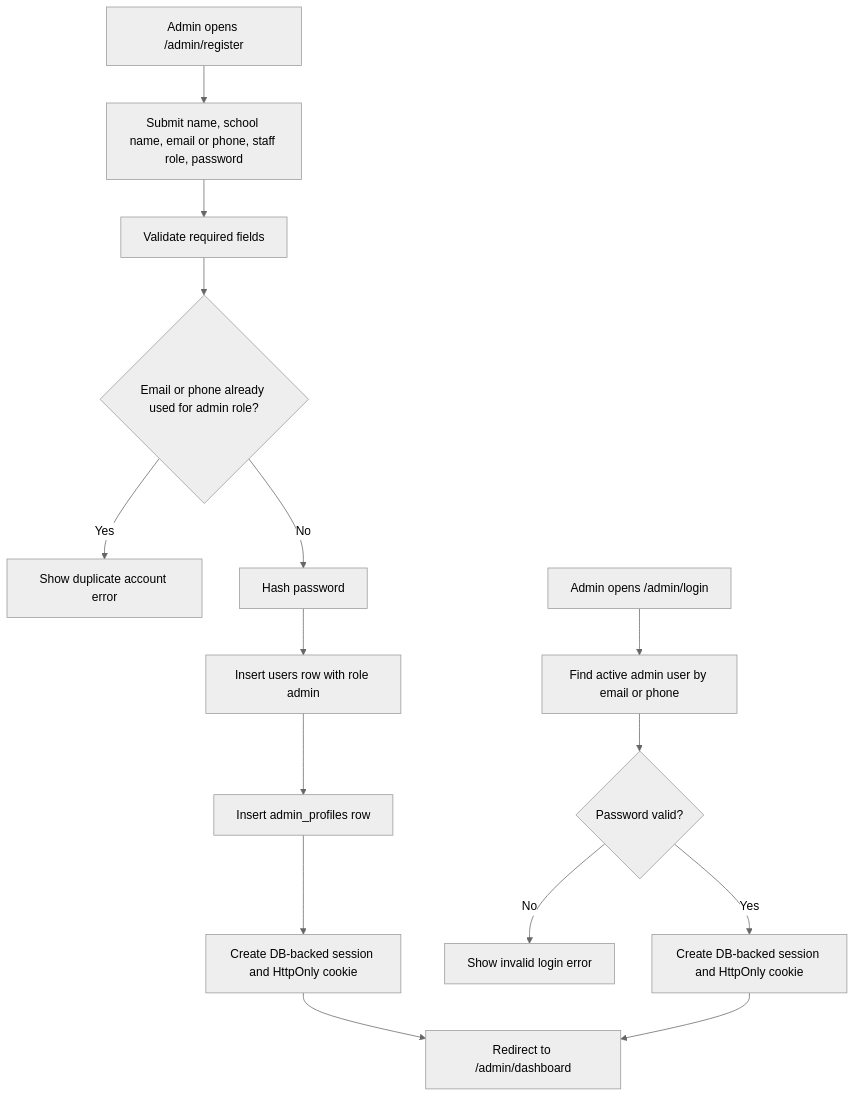
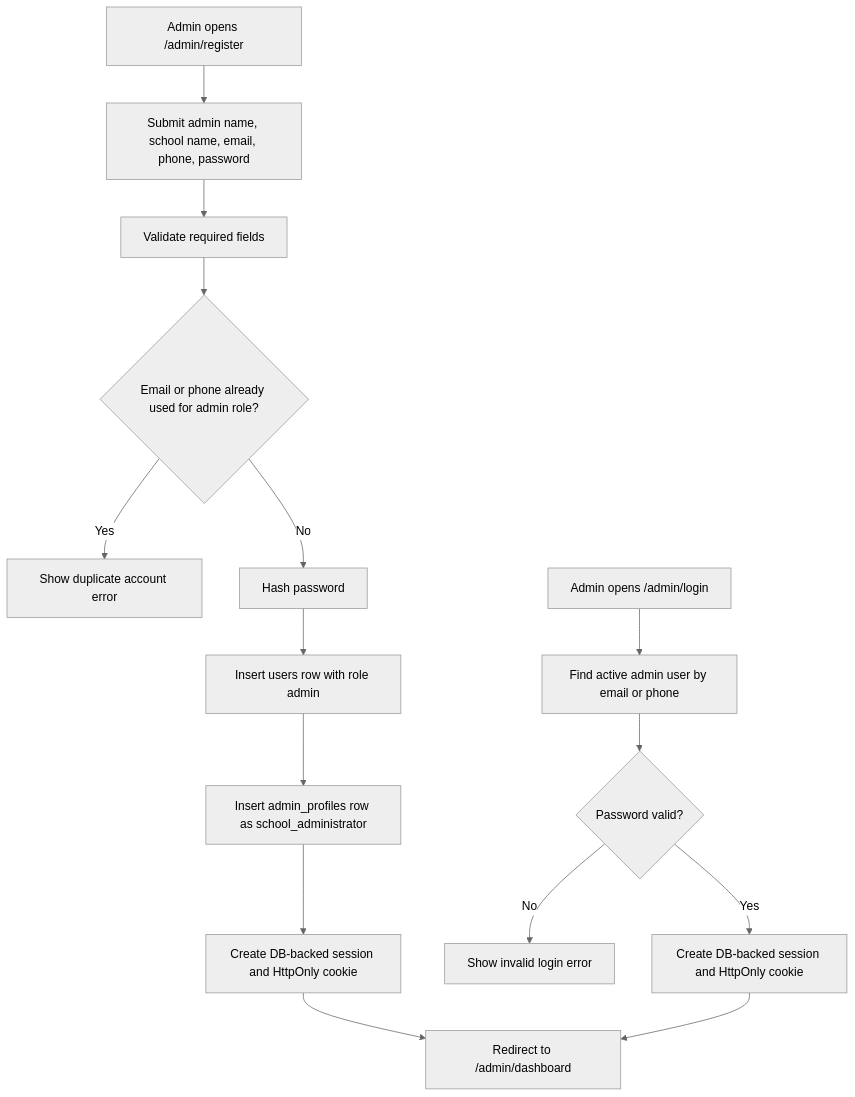
Before and after one commit to Xeyn19/xmetapay: the third of 17 diagrams in docs/PROJECT_FLOWCHARTS.md, drawn with Mermaid (neutral theme). The commit also changed 5 other files, not shown here.

````diff
--- a/docs/PROJECT_FLOWCHARTS.md
+++ b/docs/PROJECT_FLOWCHARTS.md
@@ -125,18 +125,18 @@
 ```mermaid
 flowchart TD
-  A["Admin opens /admin/register"] --> B["Submit name, school name, email or phone, staff role, password"]
+  A["Admin opens /admin/register"] --> B["Submit admin name, school name, email, phone, password"]
   B --> C["Validate required fields"]
   C --> D{"Email or phone already used for admin role?"}
   D -->|Yes| E["Show duplicate account error"]
   D -->|No| F["Hash password"]
   F --> G["Insert users row with role admin"]
-  G --> H["Insert admin_profiles row"]
+  G --> H["Insert admin_profiles row as school_administrator"]
   H --> I["Create DB-backed session and HttpOnly cookie"]
   I --> J["Redirect to /admin/dashboard"]
 
   K["Admin opens /admin/login"] --> L["Find active admin user by email or phone"]
   L --> M{"Password valid?"}
   M -->|No| N["Show invalid login error"]
   M -->|Yes| O["Create DB-backed session and HttpOnly cookie"]
   O --> J
 ```
````
